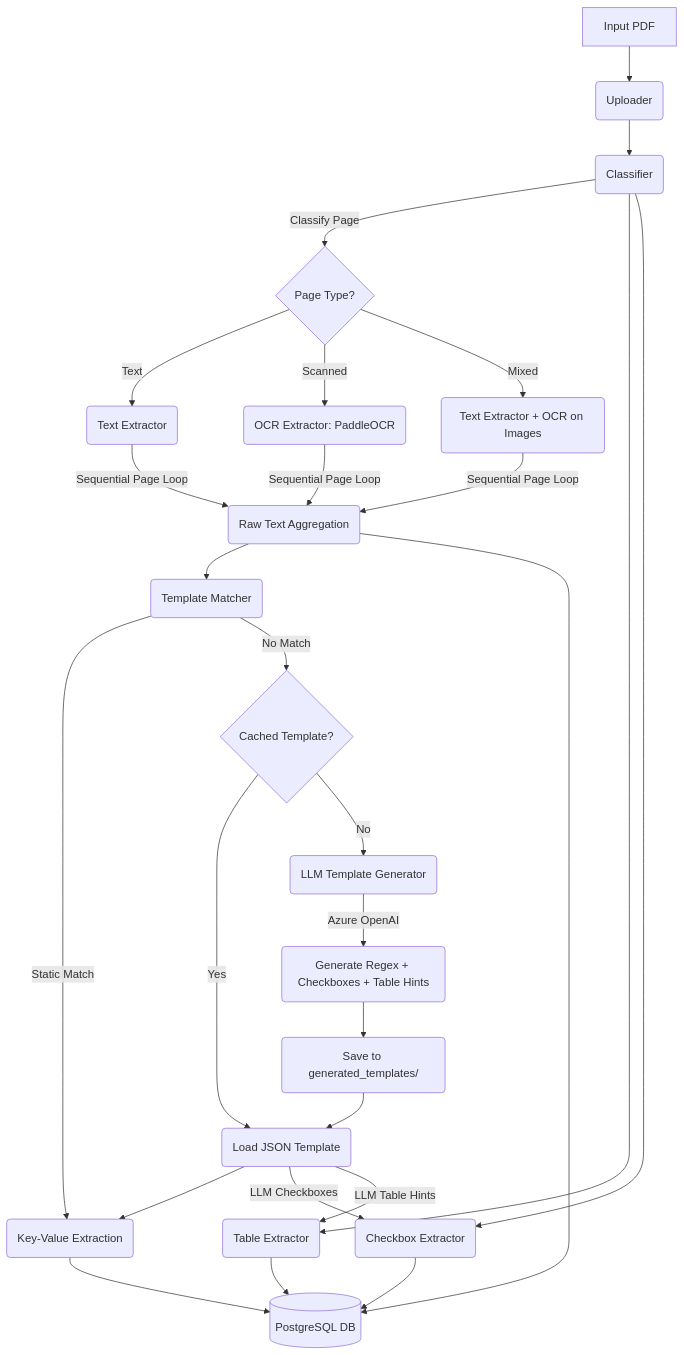
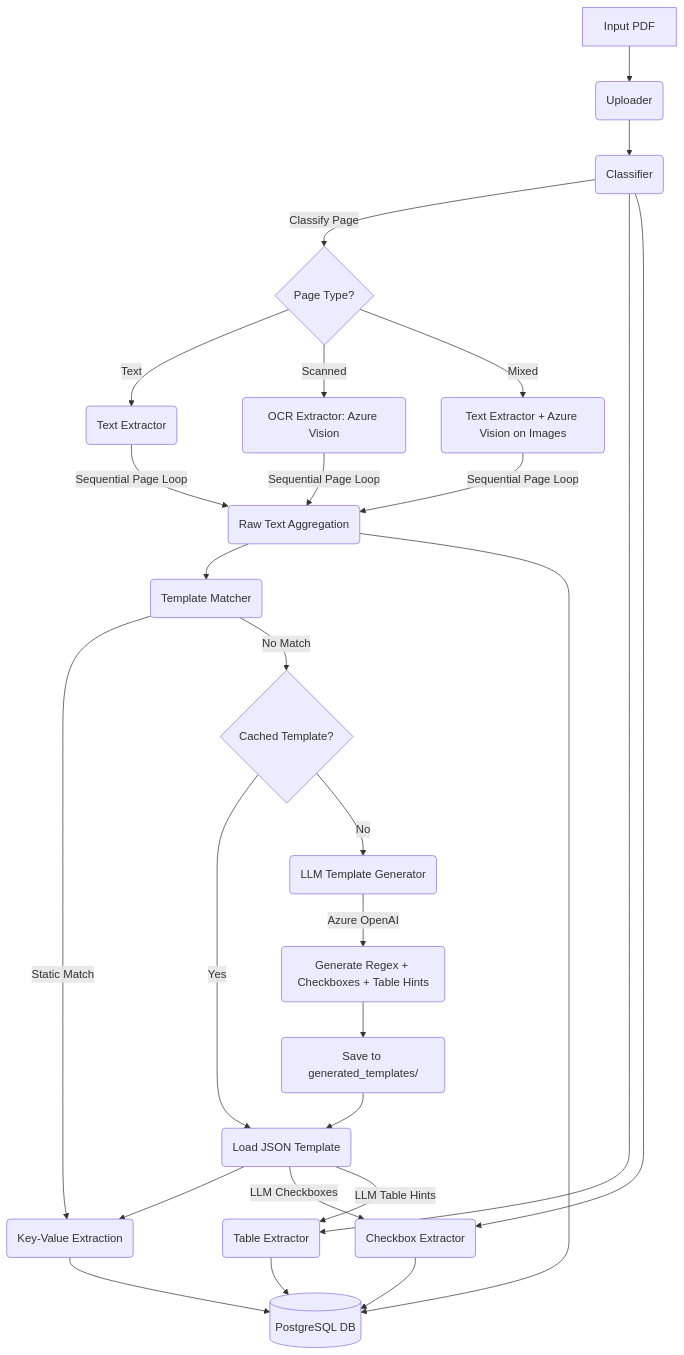
The first of 2 diagrams in technical_documentation.md (neogi5043/Unstra_Ingestor), drawn with Mermaid before and after one commit. The commit also changed other lines of this file and 8 other files, not shown here.

Commit message:
Using azure open ai vision

````diff
--- a/technical_documentation.md
+++ b/technical_documentation.md
@@ -14,36 +14,36 @@
 ```mermaid
 graph TD
     A[Input PDF] --> B(Uploader)
     B --> C(Classifier)
     
     C -->|Classify Page| D{Page Type?}
     
     D -->|Text| E(Text Extractor)
-    D -->|Scanned| F(OCR Extractor: PaddleOCR)
-    D -->|Mixed| G(Text Extractor + OCR on Images)
+    D -->|Scanned| F(OCR Extractor: Azure Vision)
+    D -->|Mixed| G(Text Extractor + Azure Vision on Images)
     
     E -->|Sequential Page Loop| H(Raw Text Aggregation)
     F -->|Sequential Page Loop| H
     G -->|Sequential Page Loop| H
     
     H --> I(Template Matcher)
     I -->|Static Match| J(Key-Value Extraction)
     I -->|No Match| K{Cached Template?}
     
     K -->|Yes| L(Load JSON Template)
     K -->|No| M(LLM Template Generator)
     M -->|Azure OpenAI| N(Generate Regex + Checkboxes + Table Hints)
     N --> O(Save to generated_templates/)
     O --> L
     L --> J
     
     C --> P(Table Extractor)
     C --> Q(Checkbox Extractor)
     L -->|LLM Checkboxes| Q
     L -->|LLM Table Hints| P
     
     J --> R[(PostgreSQL DB)]
     P --> R
     Q --> R
     H --> R
 ```
````
